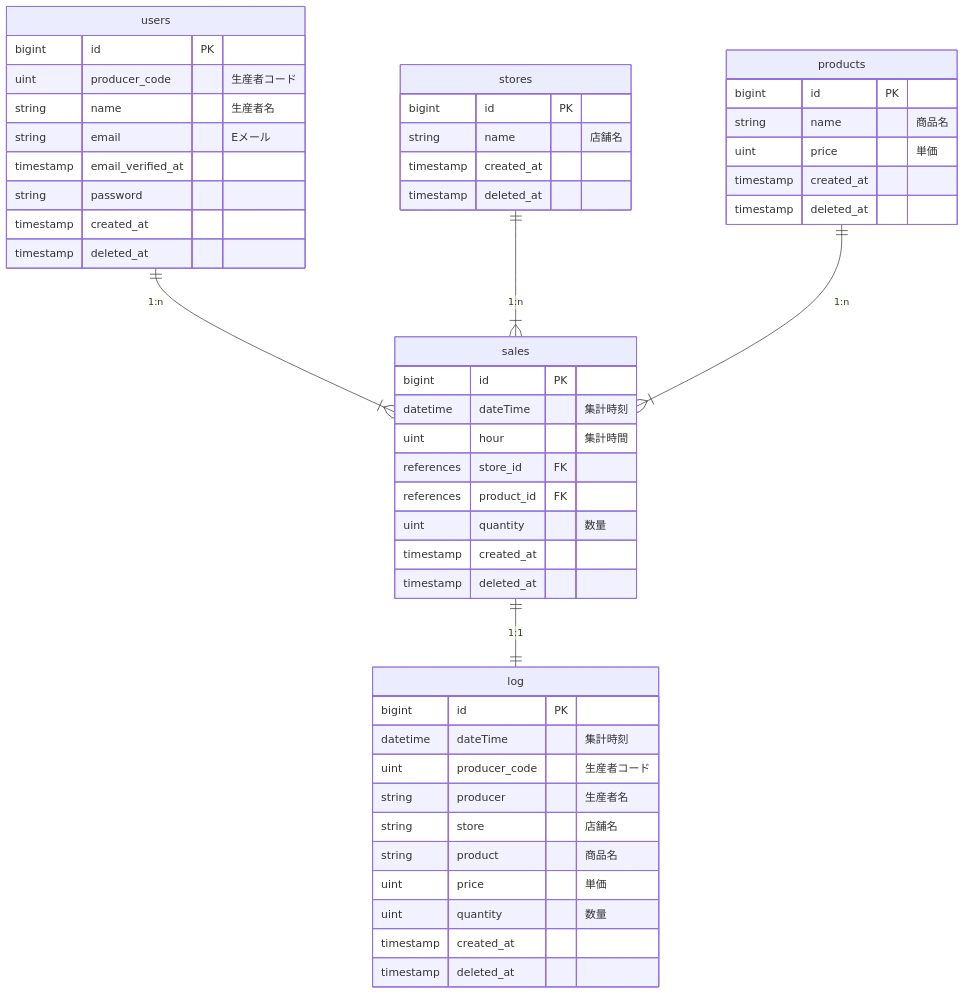
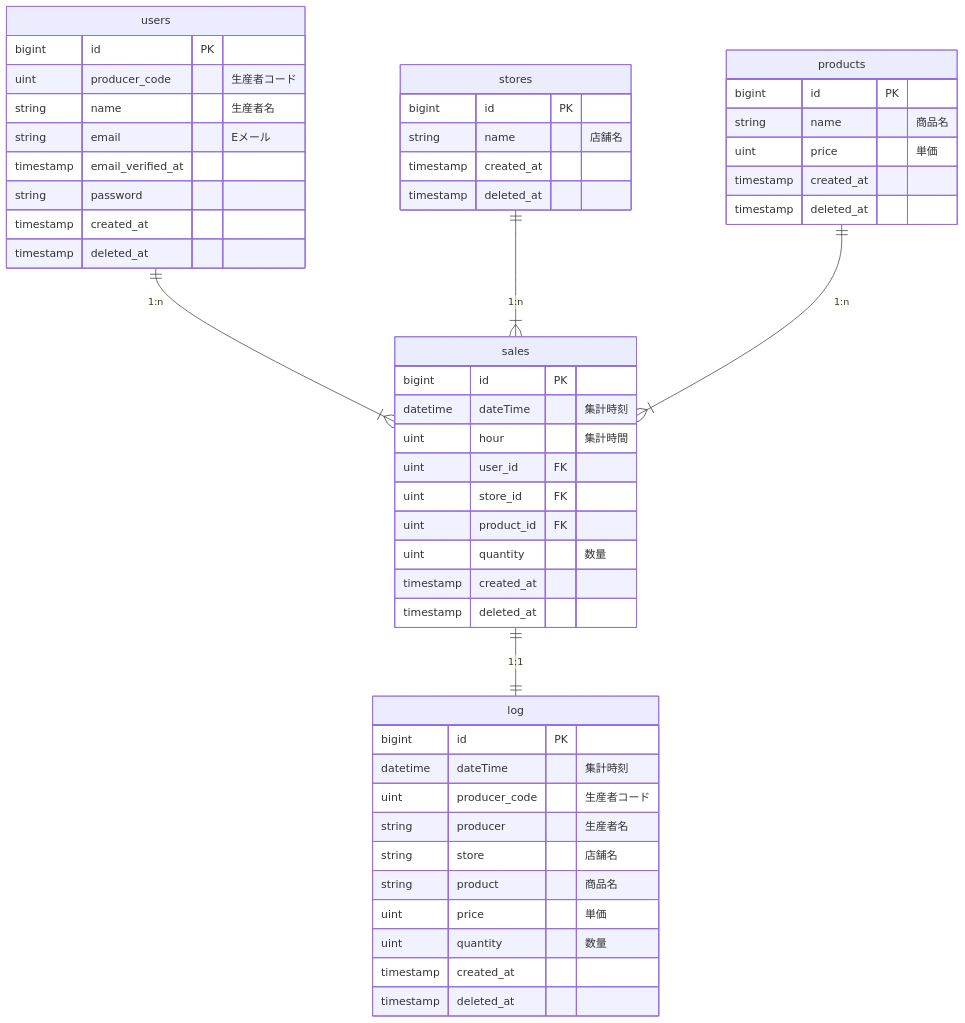
Before and after one commit to kodaikumatani/JAinaba-ERP-Backend: the diagram in docs/er_diagram.md, drawn with Mermaid.

Commit message:
er図の更新

````diff
--- a/docs/er_diagram.md
+++ b/docs/er_diagram.md
@@ -2,57 +2,58 @@
 ```mermaid
 erDiagram
     sales ||--|| log: "1:1"
     users ||--|{ sales: "1:n"
     stores ||--|{ sales: "1:n"
     products ||--|{ sales: "1:n"
 
     log {
         bigint id PK
         datetime dateTime "集計時刻"
         uint producer_code "生産者コード"
         string producer "生産者名"
         string store "店舗名"
         string product "商品名"
         uint price "単価"
         uint quantity "数量"
         timestamp created_at
         timestamp deleted_at
     }
 
     sales {
         bigint id PK
         datetime dateTime "集計時刻"
         uint hour "集計時間"
-        references store_id FK
-        references product_id FK
+        uint user_id FK
+        uint store_id FK
+        uint product_id FK
         uint quantity "数量"
         timestamp created_at
         timestamp deleted_at
     }
 
     users {
         bigint id PK
         uint producer_code "生産者コード"
         string name "生産者名"
         string email "Eメール"
         timestamp email_verified_at
         string password
         timestamp created_at
         timestamp deleted_at
     }
 
     stores {
         bigint id PK
         string name "店舗名"
         timestamp created_at
         timestamp deleted_at
     }
 
     products {
         bigint id PK
         string name "商品名"
         uint price "単価"
         timestamp created_at
         timestamp deleted_at
     }
 ```
````
